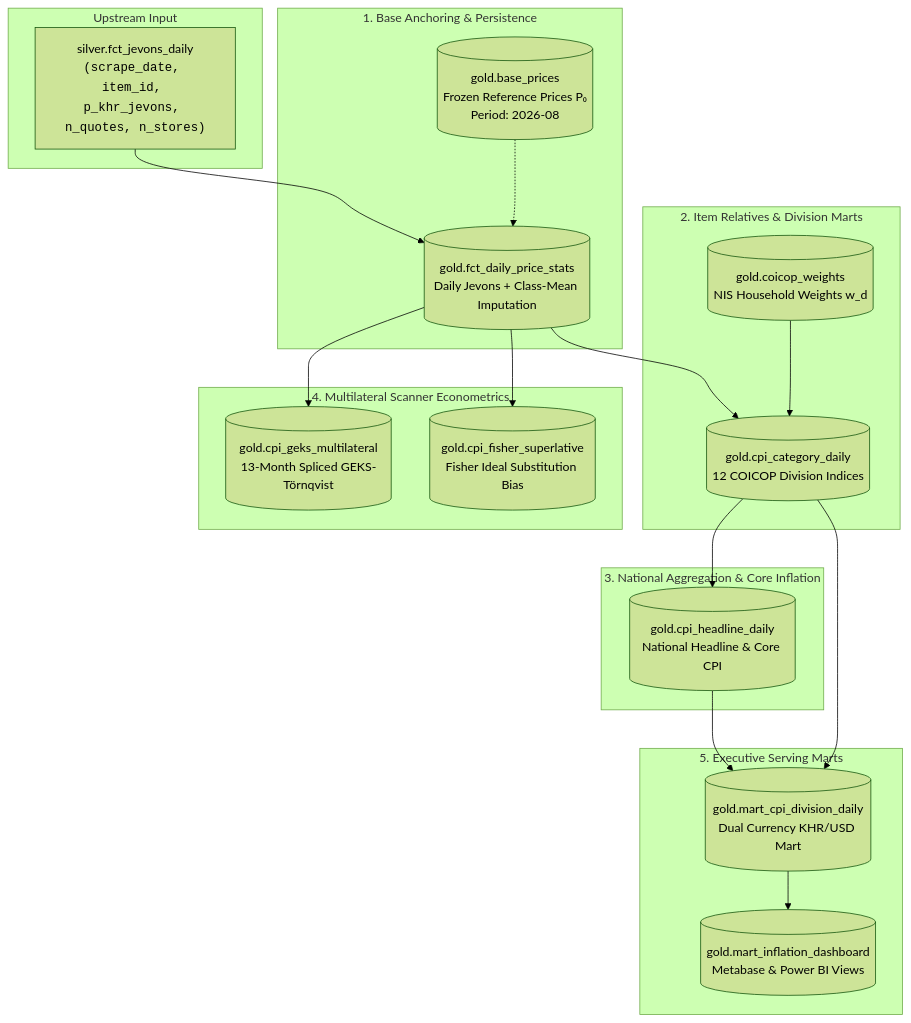
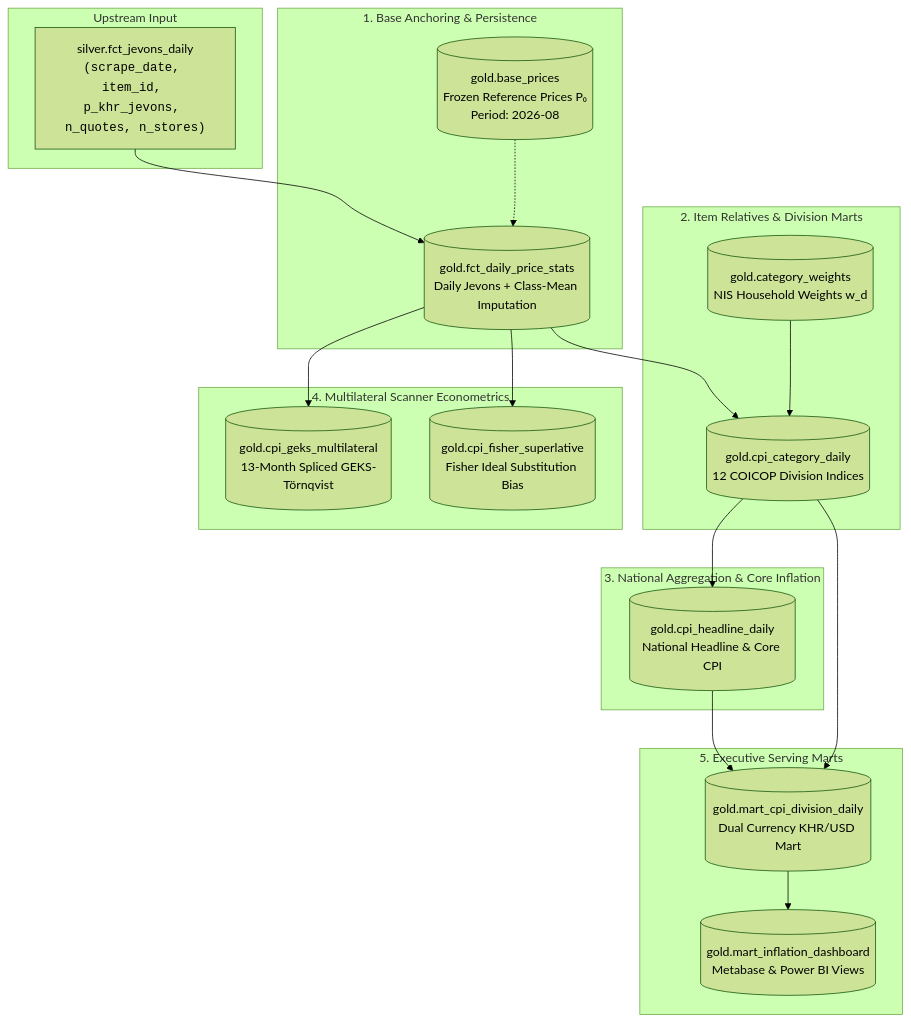
The first of 2 diagrams in docs/GOLD_LAYER_IMPLEMENTATION_PLAN.md (Korngmeng-Taing/Cambodia-cpi-pipeline), drawn with Mermaid (forest theme) before and after one commit. The commit also changed 59 other files, not shown here.

````diff
--- a/docs/GOLD_LAYER_IMPLEMENTATION_PLAN.md
+++ b/docs/GOLD_LAYER_IMPLEMENTATION_PLAN.md
@@ -31,40 +31,40 @@
 ```mermaid
 flowchart TD
     subgraph Silver Layer [Upstream Input]
         S1["silver.fct_jevons_daily<br><code>(scrape_date, item_id, p_khr_jevons, n_quotes, n_stores)</code>"]
     end
 
     subgraph Phase 1 [1. Base Anchoring & Persistence]
         G_Base[("gold.base_prices<br>Frozen Reference Prices P₀<br>Period: 2026-08")]
         G_Stats[("gold.fct_daily_price_stats<br>Daily Jevons + Class-Mean Imputation")]
         S1 --> G_Stats
         G_Base -.-> G_Stats
     end
 
     subgraph Phase 2 [2. Item Relatives & Division Marts]
         G_Cat[("gold.cpi_category_daily<br>12 COICOP Division Indices")]
-        G_Weights[("gold.coicop_weights<br>NIS Household Weights w_d")]
+        G_Weights[("gold.category_weights<br>NIS Household Weights w_d")]
         G_Stats --> G_Cat
         G_Weights --> G_Cat
     end
 
     subgraph Phase 3 [3. National Aggregation & Core Inflation]
         G_Head[("gold.cpi_headline_daily<br>National Headline & Core CPI")]
         G_Cat --> G_Head
     end
 
     subgraph Phase 4 [4. Multilateral Scanner Econometrics]
         G_GEKS[("gold.cpi_geks_multilateral<br>13-Month Spliced GEKS-Törnqvist")]
         G_Fisher[("gold.cpi_fisher_superlative<br>Fisher Ideal Substitution Bias")]
         G_Stats --> G_GEKS
         G_Stats --> G_Fisher
     end
 
     subgraph Phase 5 [5. Executive Serving Marts]
         M1[("gold.mart_cpi_division_daily<br>Dual Currency KHR/USD Mart")]
         M2[("gold.mart_inflation_dashboard<br>Metabase & Power BI Views")]
         G_Head --> M1
         G_Cat --> M1
         M1 --> M2
     end
 ```
````
